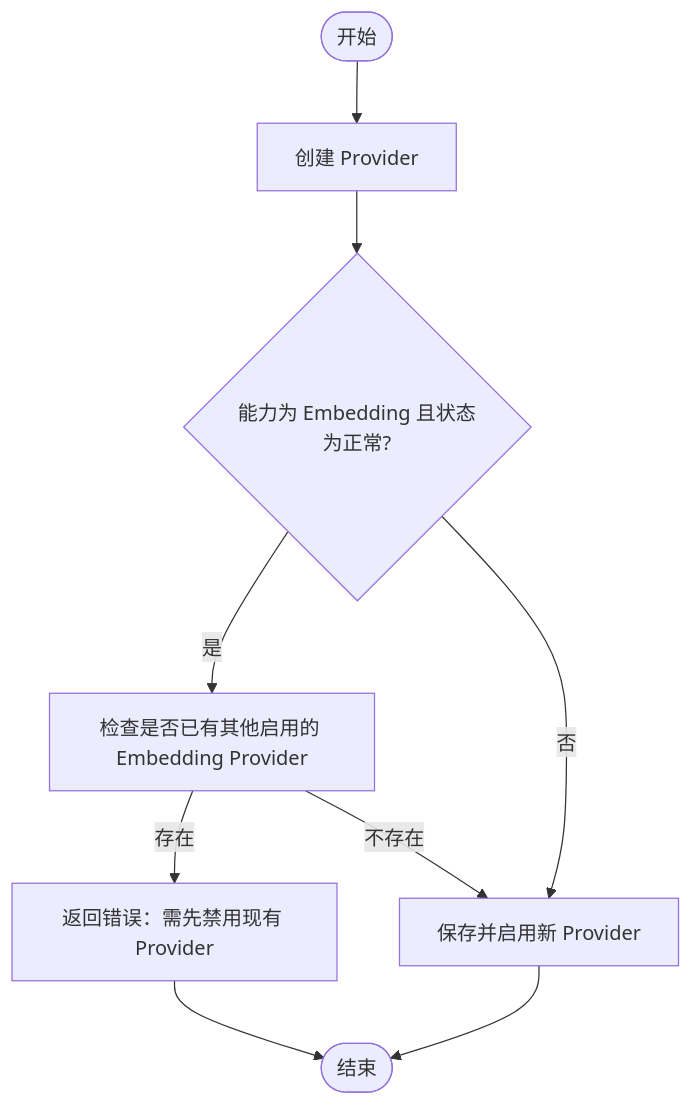
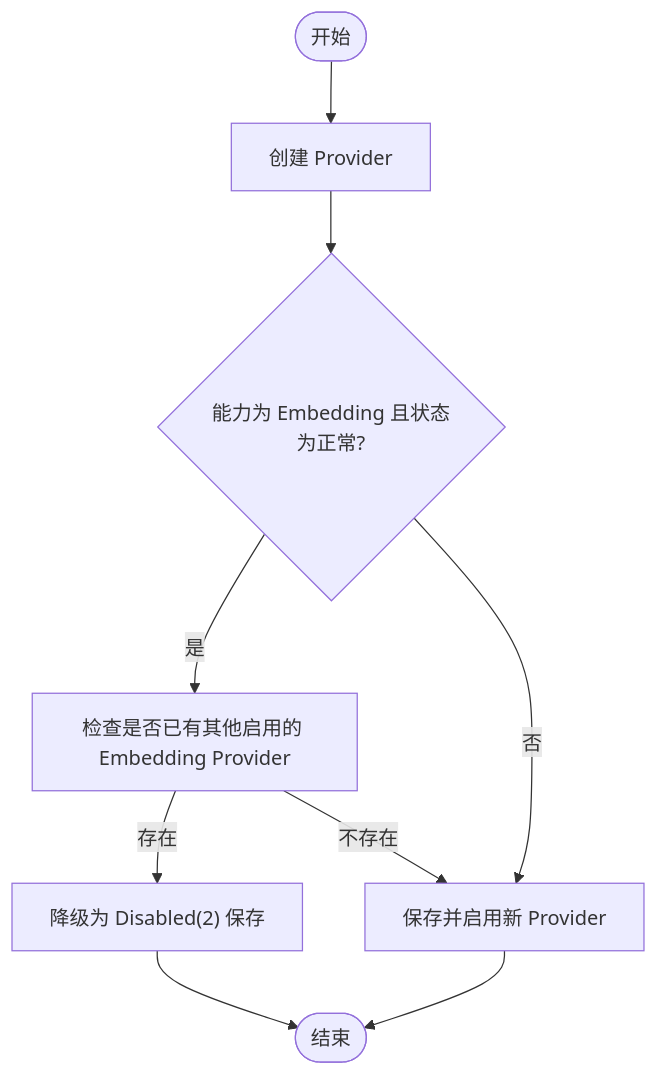
Before and after one commit to runningcoders/ai_orz: the third of 7 diagrams in docs/wiki/zh/content/功能模块/模型提供商管理.md, drawn with Mermaid. The commit also changed other lines of this file and 6 other files, not shown here.

````diff
--- a/docs/wiki/zh/content/功能模块/模型提供商管理.md
+++ b/docs/wiki/zh/content/功能模块/模型提供商管理.md
@@ -138,11 +141,11 @@
 ```mermaid
 flowchart TD
 Start(["开始"]) --> Create["创建 Provider"]
 Create --> Validate{"能力为 Embedding 且状态为正常?"}
 Validate --> |是| CheckOther["检查是否已有其他启用的 Embedding Provider"]
-CheckOther --> |存在| Error["返回错误：需先禁用现有 Provider"]
+CheckOther --> |存在| Downgrade["降级为 Disabled(2) 保存"]
 CheckOther --> |不存在| Save["保存并启用新 Provider"]
 Validate --> |否| Save
-Save --> End(["结束"])
-Error --> End
+Downgrade --> End(["结束"])
+Save --> End
 ```
````
